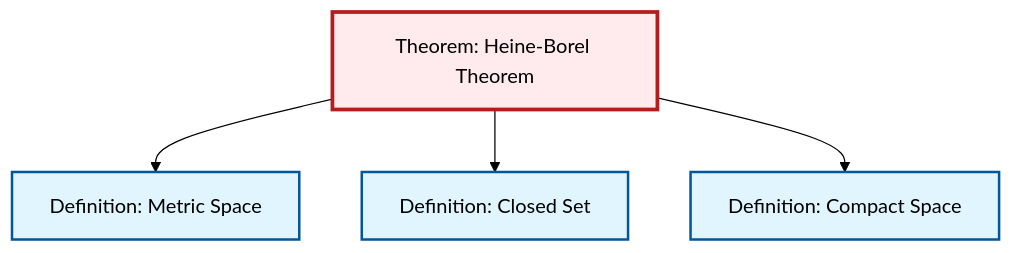
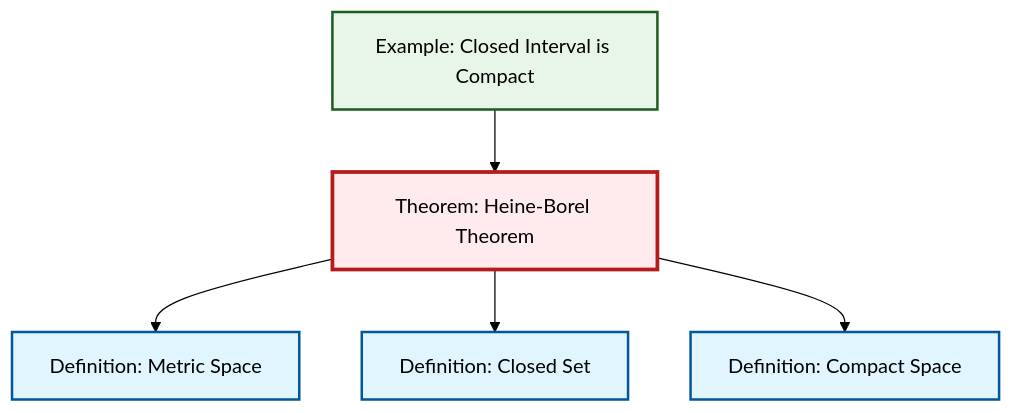
The diagram in content/en/topology/thm-heine-borel.qmd (RK0429/ModernMath), drawn with Mermaid (forest theme) before and after one commit. The commit also changed other lines of this file and 203 other files, not shown here.

````diff
--- a/content/en/topology/thm-heine-borel.qmd
+++ b/content/en/topology/thm-heine-borel.qmd
@@ -46,21 +46,19 @@
 ```{mermaid}
 %%| fig-cap: "Local dependency graph"
 graph TD
     classDef definition fill:#e1f5fe,stroke:#01579b,stroke-width:2px
     classDef theorem fill:#f3e5f5,stroke:#4a148c,stroke-width:2px
     classDef axiom fill:#fff3e0,stroke:#e65100,stroke-width:2px
     classDef example fill:#e8f5e9,stroke:#1b5e20,stroke-width:2px
     classDef current fill:#ffebee,stroke:#b71c1c,stroke-width:3px
+    def-closed-set["Definition: Closed Set"]:::definition
+    ex-closed-interval-compact["Example: Closed Interval is Compact"]:::example
+    def-metric-space["Definition: Metric Space"]:::definition
     def-compact["Definition: Compact Space"]:::definition
-    def-closed-set["Definition: Closed Set"]:::definition
-    def-metric-space["Definition: Metric Space"]:::definition
     thm-heine-borel["Theorem: Heine-Borel Theorem"]:::theorem
     thm-heine-borel --> def-metric-space
     thm-heine-borel --> def-closed-set
     thm-heine-borel --> def-compact
+    ex-closed-interval-compact --> thm-heine-borel
     class thm-heine-borel current
-
-    click def-compact "def-compact.html" "Go to Compact Space definition"
-    click def-closed-set "def-closed-set.html" "Go to Closed Set definition"
-    click def-metric-space "def-metric-space.html" "Go to Metric Space definition"
 ```
````
